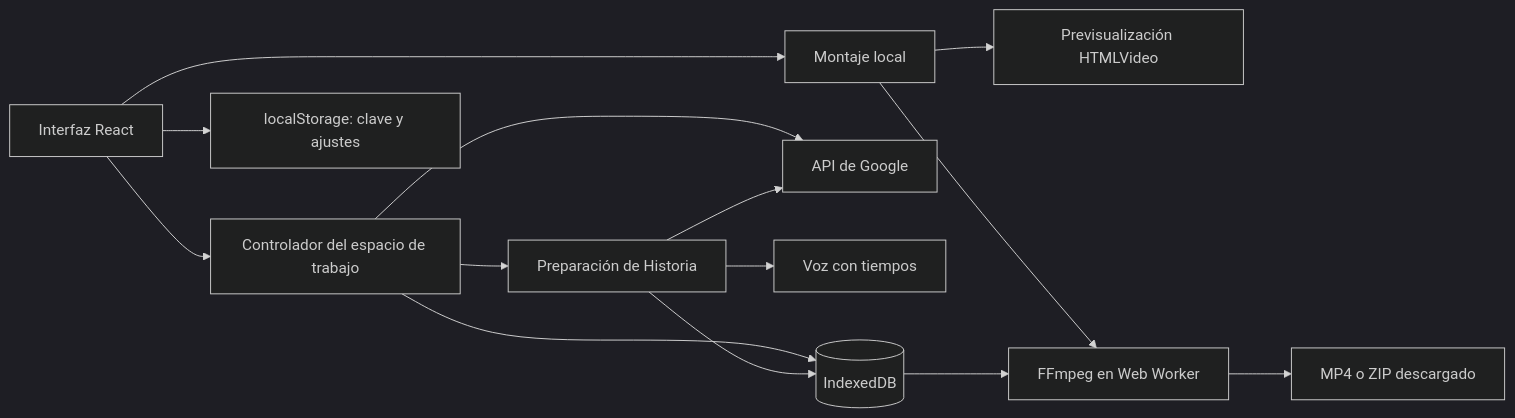
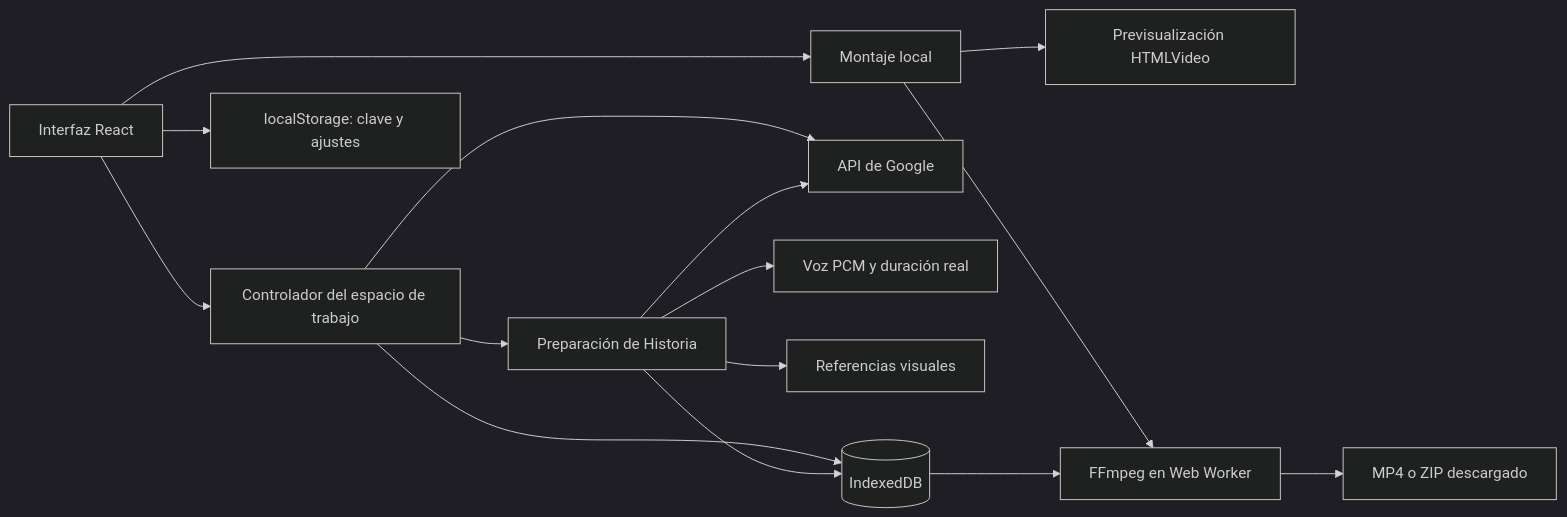
The diagram in docs/architecture.md (davidgalarza/VidGenStudio), drawn with Mermaid (dark theme) before and after one commit. The commit also changed other lines of this file and 27 other files, not shown here.

Commit message:
Automate editable story proposals with Gemini TTS and Nano Banana

````diff
--- a/docs/architecture.md
+++ b/docs/architecture.md
@@ -9,16 +9,17 @@
 ```mermaid
 flowchart LR
   UI[Interfaz React] --> Workspace[Controlador del espacio de trabajo]
   Workspace --> DB[(IndexedDB)]
   Workspace --> Google[API de Google]
   Workspace --> Story[Preparación de Historia]
-  Story --> ElevenLabs[Voz con tiempos]
+  Story --> GeminiTTS[Voz PCM y duración real]
+  Story --> NanoBanana[Referencias visuales]
   Story --> Google
   Story --> DB
   UI --> Settings[localStorage: clave y ajustes]
   UI --> Timeline[Montaje local]
   Timeline --> Player[Previsualización HTMLVideo]
   Timeline --> FFmpeg[FFmpeg en Web Worker]
   DB --> FFmpeg
   FFmpeg --> Downloads[MP4 o ZIP descargado]
 ```
````
